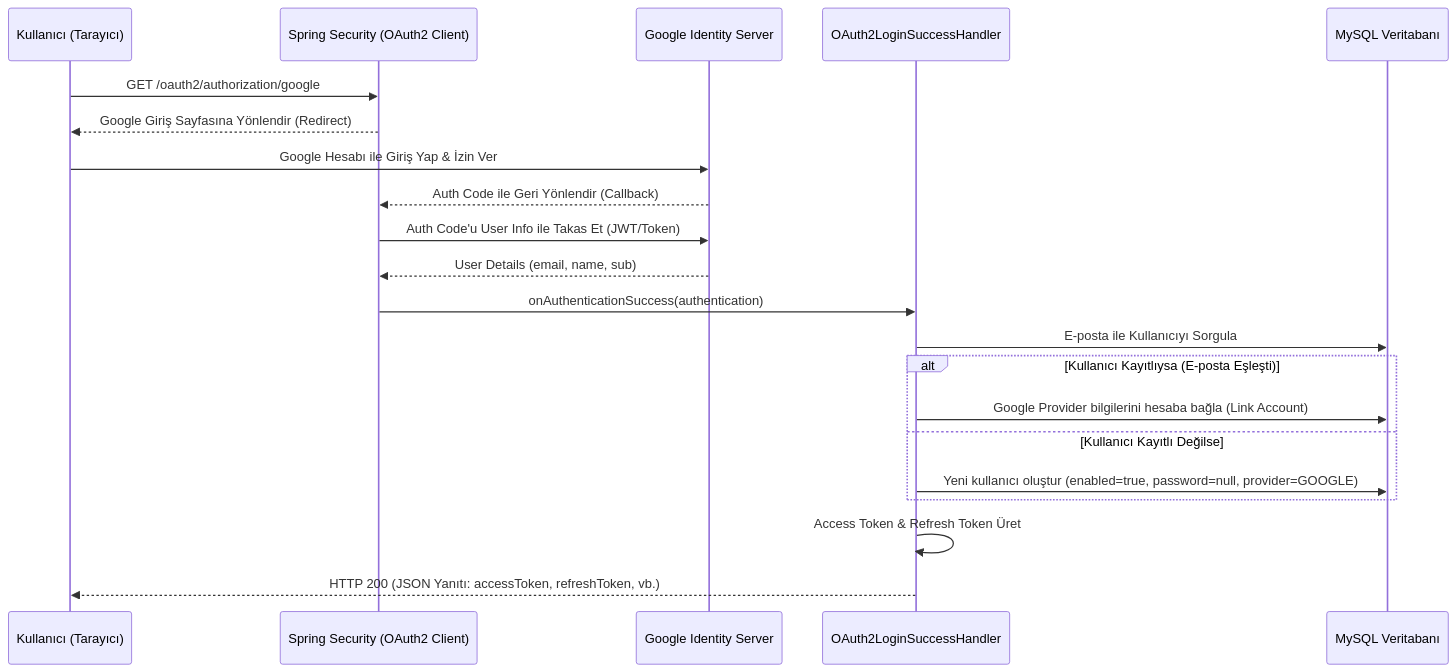
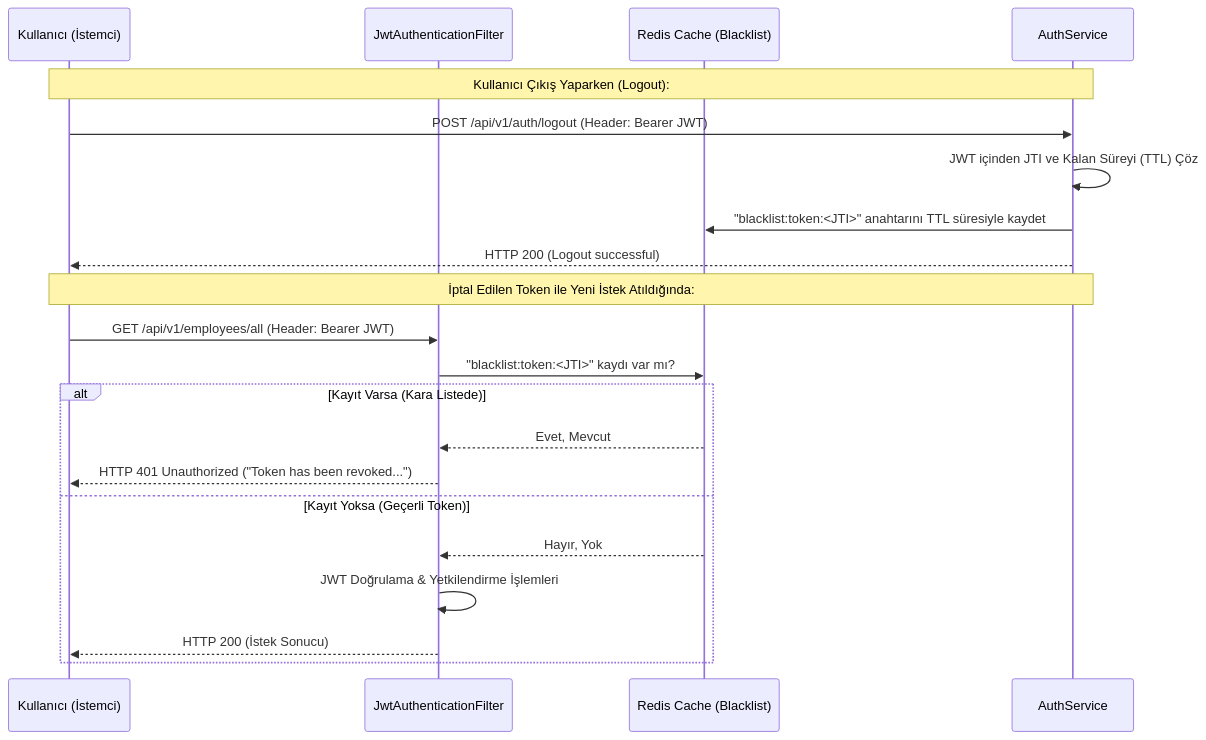
Before and after one commit to burakcnaksy0/spring-security: the diagram in README.md, drawn with Mermaid. The commit also changed other lines of this file, not shown here.

Commit message:
docs: update README for token-blacklist branch

````diff
--- a/README.md
+++ b/README.md
@@ -42,26 +38,25 @@
 ```mermaid
 sequenceDiagram
-    participant User as Kullanıcı (Tarayıcı)
-    participant SpringSec as Spring Security (OAuth2 Client)
-    participant Google as Google Identity Server
-    participant Handler as OAuth2LoginSuccessHandler
-    participant DB as MySQL Veritabanı
+    participant User as Kullanıcı (İstemci)
+    participant Filter as JwtAuthenticationFilter
+    participant Redis as Redis Cache (Blacklist)
+    participant AuthService as AuthService
+    
+    Note over User, AuthService: Kullanıcı Çıkış Yaparken (Logout):
+    User->>AuthService: POST /api/v1/auth/logout (Header: Bearer JWT)
+    AuthService->>AuthService: JWT içinden JTI ve Kalan Süreyi (TTL) Çöz
+    AuthService->>Redis: "blacklist:token:<JTI>" anahtarını TTL süresiyle kaydet
+    AuthService-->>User: HTTP 200 (Logout successful)
 
-    User->>SpringSec: GET /oauth2/authorization/google
-    SpringSec-->>User: Google Giriş Sayfasına Yönlendir (Redirect)
-    User->>Google: Google Hesabı ile Giriş Yap & İzin Ver
-    Google-->>SpringSec: Auth Code ile Geri Yönlendir (Callback)
-    SpringSec->>Google: Auth Code'u User Info ile Takas Et (JWT/Token)
-    Google-->>SpringSec: User Details (email, name, sub)
-    SpringSec->>Handler: onAuthenticationSuccess(authentication)
-    
-    Handler->>DB: E-posta ile Kullanıcıyı Sorgula
-    alt Kullanıcı Kayıtlıysa (E-posta Eşleşti)
-        Handler->>DB: Google Provider bilgilerini hesaba bağla (Link Account)
-    else Kullanıcı Kayıtlı Değilse
-        Handler->>DB: Yeni kullanıcı oluştur (enabled=true, password=null, provider=GOOGLE)
+    Note over User, AuthService: İptal Edilen Token ile Yeni İstek Atıldığında:
+    User->>Filter: GET /api/v1/employees/all (Header: Bearer JWT)
+    Filter->>Redis: "blacklist:token:<JTI>" kaydı var mı?
+    alt Kayıt Varsa (Kara Listede)
+        Redis-->>Filter: Evet, Mevcut
+        Filter-->>User: HTTP 401 Unauthorized ("Token has been revoked...")
+    else Kayıt Yoksa (Geçerli Token)
+        Redis-->>Filter: Hayır, Yok
+        Filter->>Filter: JWT Doğrulama & Yetkilendirme İşlemleri
+        Filter-->>User: HTTP 200 (İstek Sonucu)
     end
-    
-    Handler->>Handler: Access Token & Refresh Token Üret
-    Handler-->>User: HTTP 200 (JSON Yanıtı: accessToken, refreshToken, vb.)
 ```
````
